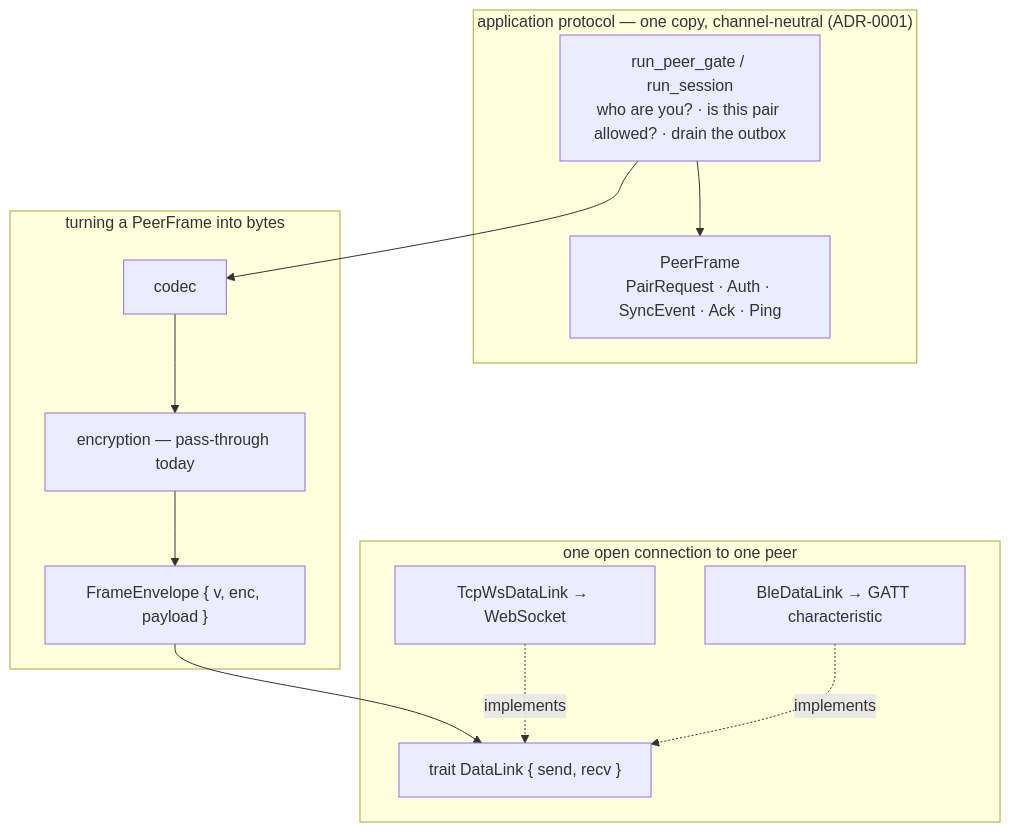
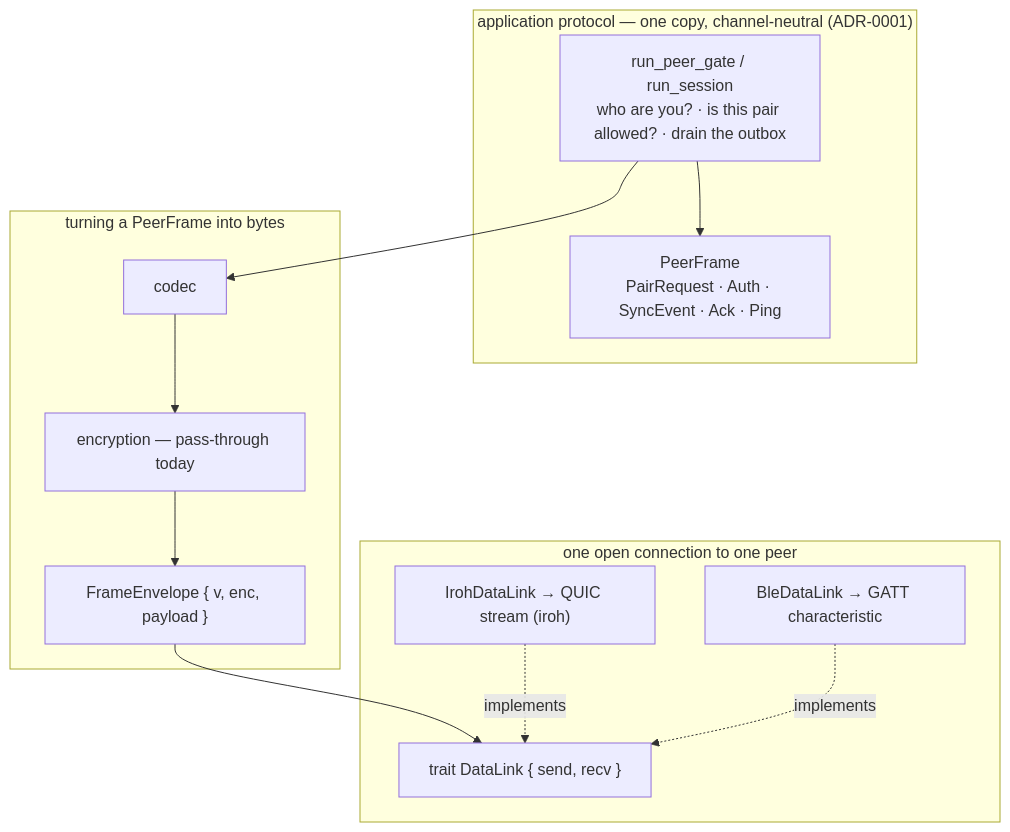
One commit to VRuzhentsov/fini changed the first of 4 diagrams in src-tauri/src/services/communication/README.md. Above: the diagram before and after it, drawn with Mermaid. The commit also changed other lines of this file and 27 other files, not shown here.

````diff
--- a/src-tauri/src/services/communication/README.md
+++ b/src-tauri/src/services/communication/README.md
@@ -18,25 +18,25 @@
 ```mermaid
 graph TD
     subgraph APP["application protocol — one copy, channel-neutral (ADR-0001)"]
         ENG["run_peer_gate / run_session<br/>who are you? · is this pair allowed? · drain the outbox"]
         PF["PeerFrame<br/>PairRequest · Auth · SyncEvent · Ack · Ping"]
     end
 
     subgraph WIRE["turning a PeerFrame into bytes"]
         CO["codec"]
         EN["encryption — pass-through today"]
         EV["FrameEnvelope { v, enc, payload }"]
     end
 
     subgraph LINKS["one open connection to one peer"]
         L["trait DataLink { send, recv }"]
-        T1["TcpWsDataLink → WebSocket"]
+        T1["IrohDataLink → QUIC stream (iroh)"]
         T2["BleDataLink → GATT characteristic"]
     end
 
     ENG --> PF
     ENG --> CO --> EN --> EV
     EV --> L
     T1 -.implements.-> L
     T2 -.implements.-> L
 ```
````
